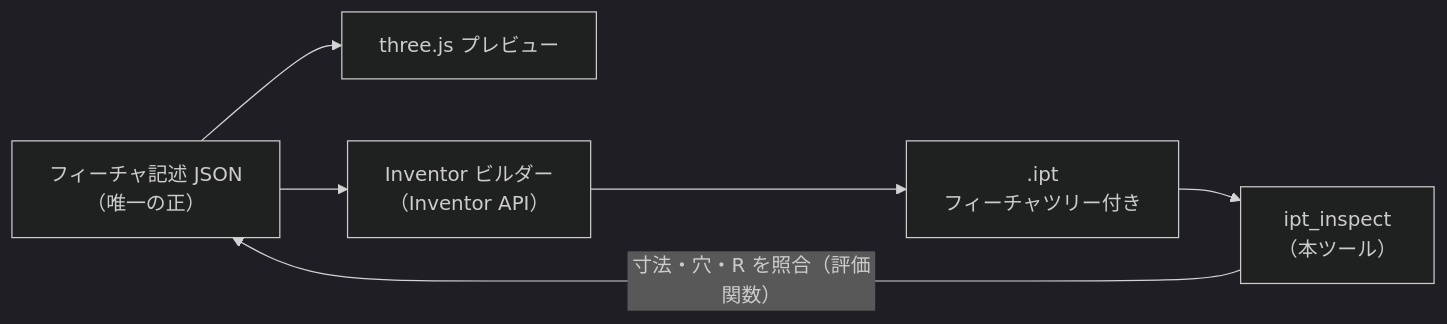
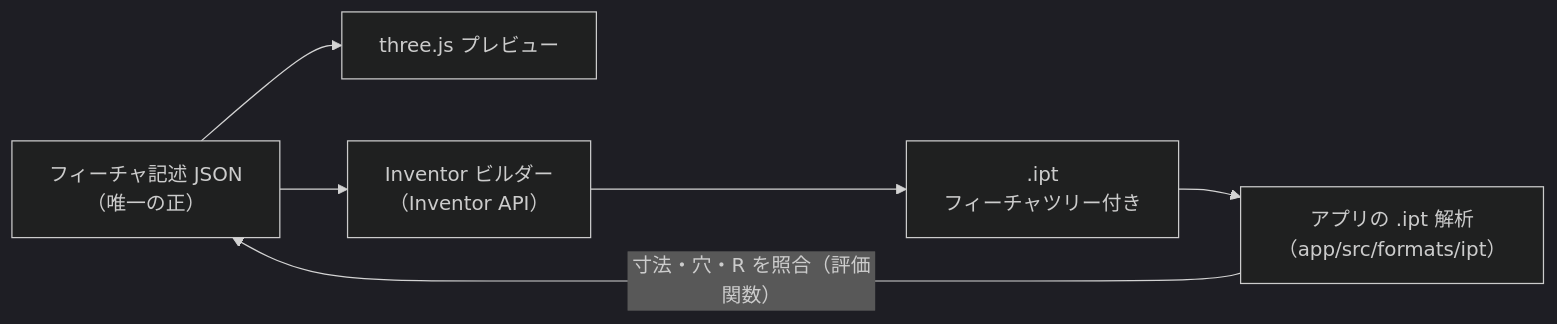
Before and after one commit to satoshi-hello-vlioilv/Inventor: the diagram in docs/ipt-format.md, drawn with Mermaid (dark theme). The commit also changed other lines of this file and 120 other files, not shown here.

````diff
--- a/docs/ipt-format.md
+++ b/docs/ipt-format.md
@@ -132,8 +132,8 @@
 ```mermaid
 flowchart LR
   J["フィーチャ記述 JSON<br/>（唯一の正）"] --> V["three.js プレビュー"]
   J --> B["Inventor ビルダー<br/>（Inventor API）"]
   B --> I[".ipt<br/>フィーチャツリー付き"]
-  I --> Q["ipt_inspect<br/>（本ツール）"]
+  I --> Q["アプリの .ipt 解析<br/>（app/src/formats/ipt）"]
   Q -- "寸法・穴・R を照合（評価関数）" --> J
 ```
````
